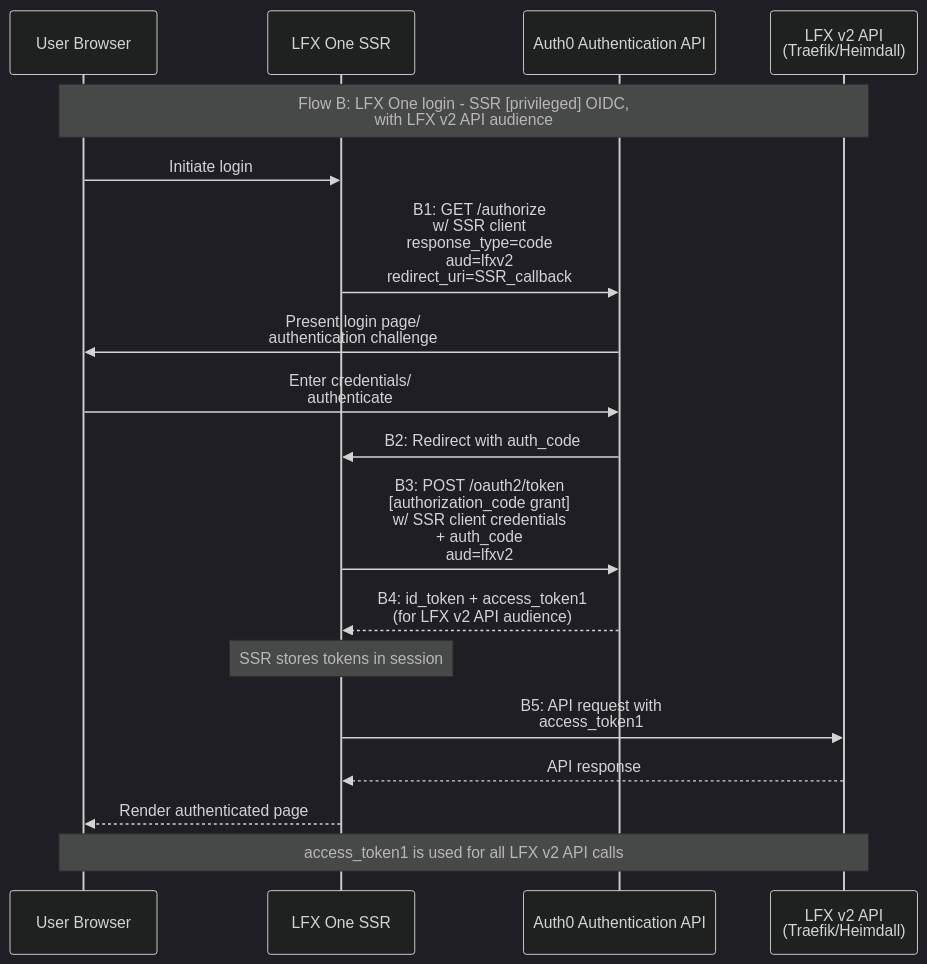
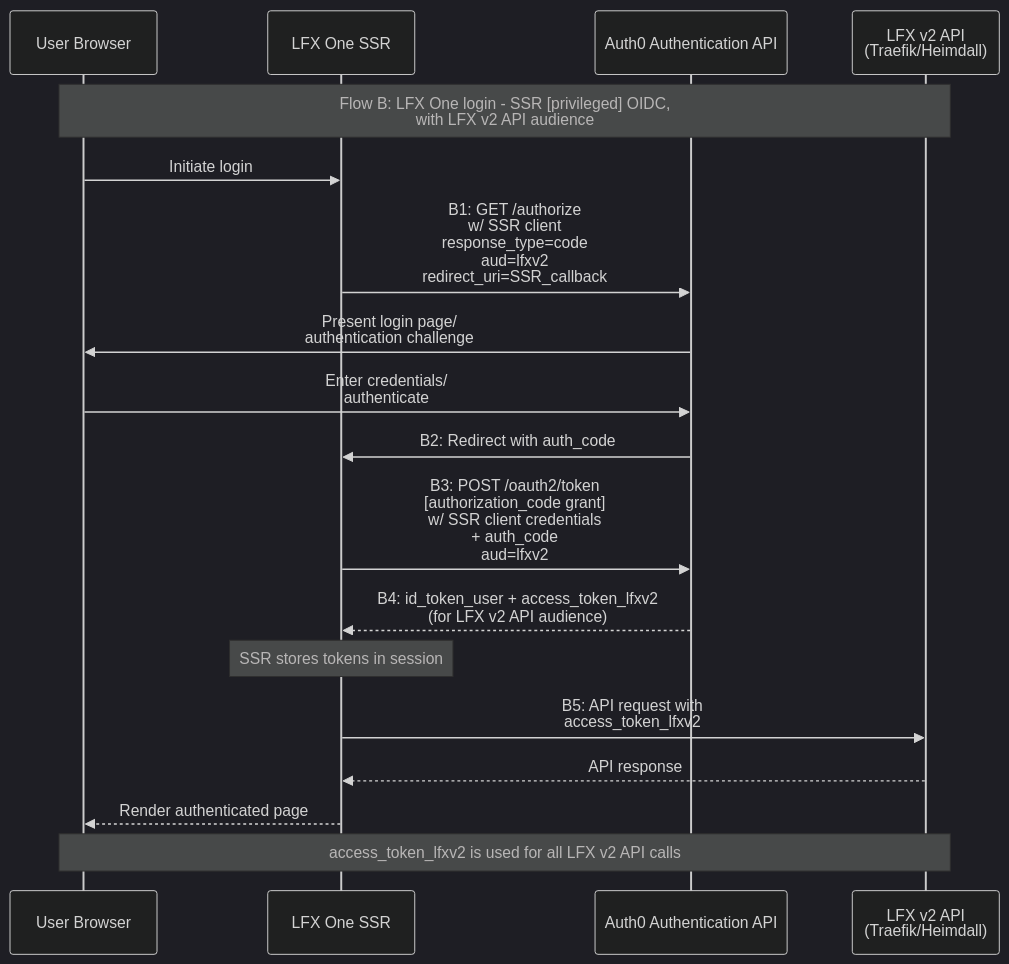
One commit to linuxfoundation/lfx-v2-auth-service changed the diagram in docs/auth-flows/B-lfx-one-login-ssr-oidc.md. Above: the diagram before and after it, drawn with Mermaid (dark theme). The commit also changed 5 other files, not shown here.

First line of the commit message:
refactor: update access token naming and improve documentation for authentication flows

````diff
--- a/docs/auth-flows/B-lfx-one-login-ssr-oidc.md
+++ b/docs/auth-flows/B-lfx-one-login-ssr-oidc.md
@@ -8,33 +8,33 @@
 ```mermaid
 sequenceDiagram
     participant User as User Browser
     participant SSR as LFX One SSR
     participant Auth0 as Auth0 Authentication API
     participant LFXv2 as LFX v2 API<br/>(Traefik/Heimdall)
 
     Note over User,LFXv2: Flow B: LFX One login - SSR [privileged] OIDC,<br/>with LFX v2 API audience
     
     User->>SSR: Initiate login
     
     SSR->>Auth0: B1: GET /authorize<br/>w/ SSR client<br/>response_type=code<br/>aud=lfxv2<br/>redirect_uri=SSR_callback
     
     Auth0->>User: Present login page/<br/>authentication challenge
     
     User->>Auth0: Enter credentials/<br/>authenticate
     
     Auth0->>SSR: B2: Redirect with auth_code
     
     SSR->>Auth0: B3: POST /oauth2/token<br/>[authorization_code grant]<br/>w/ SSR client credentials<br/>+ auth_code<br/>aud=lfxv2
     
-    Auth0-->>SSR: B4: id_token + access_token1<br/>(for LFX v2 API audience)
-    
+    Auth0-->>SSR: B4: id_token_user + access_token_lfxv2<br/>(for LFX v2 API audience)
+
     Note over SSR: SSR stores tokens in session
-    
-    SSR->>LFXv2: B5: API request with<br/>access_token1
-    
+
+    SSR->>LFXv2: B5: API request with<br/>access_token_lfxv2
+
     LFXv2-->>SSR: API response
-    
+
     SSR-->>User: Render authenticated page
-    
-    Note over User,LFXv2: access_token1 is used for all LFX v2 API calls
+
+    Note over User,LFXv2: access_token_lfxv2 is used for all LFX v2 API calls
 ```
````
